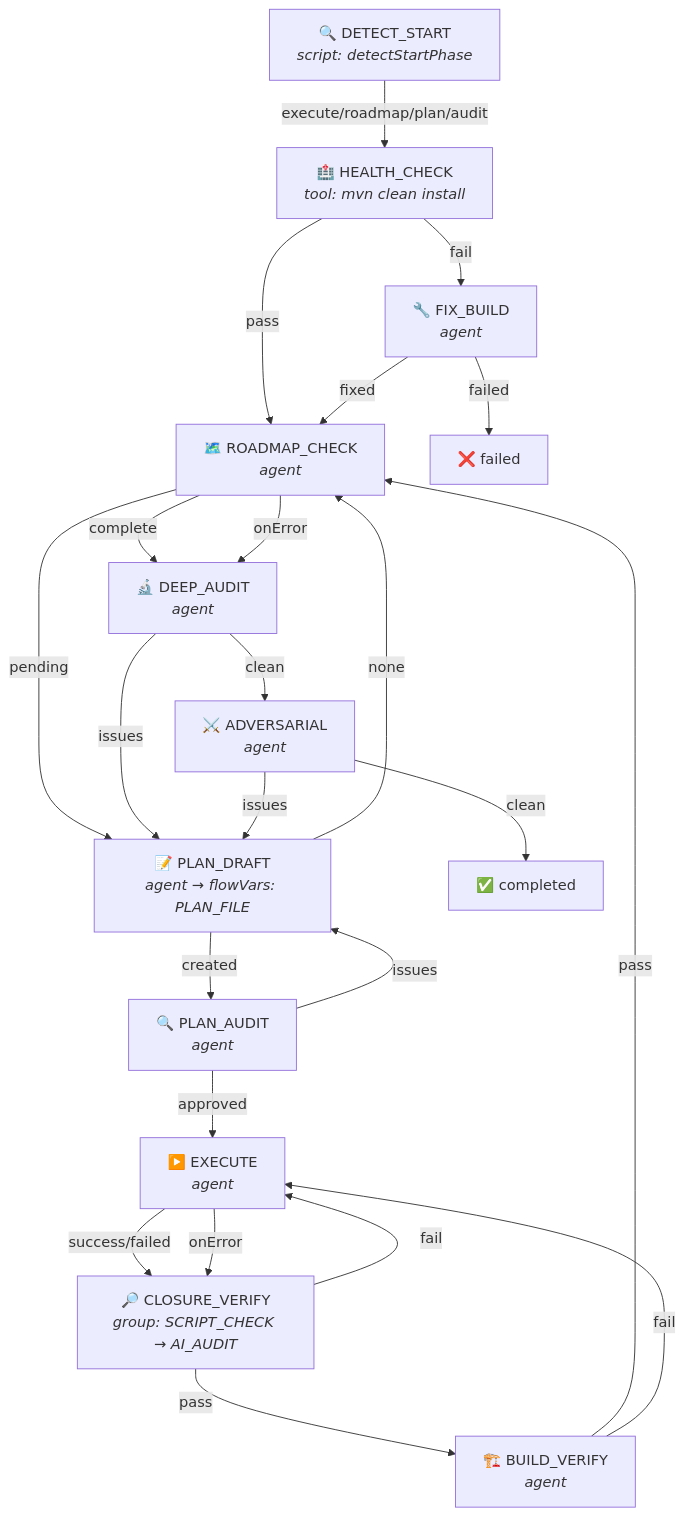
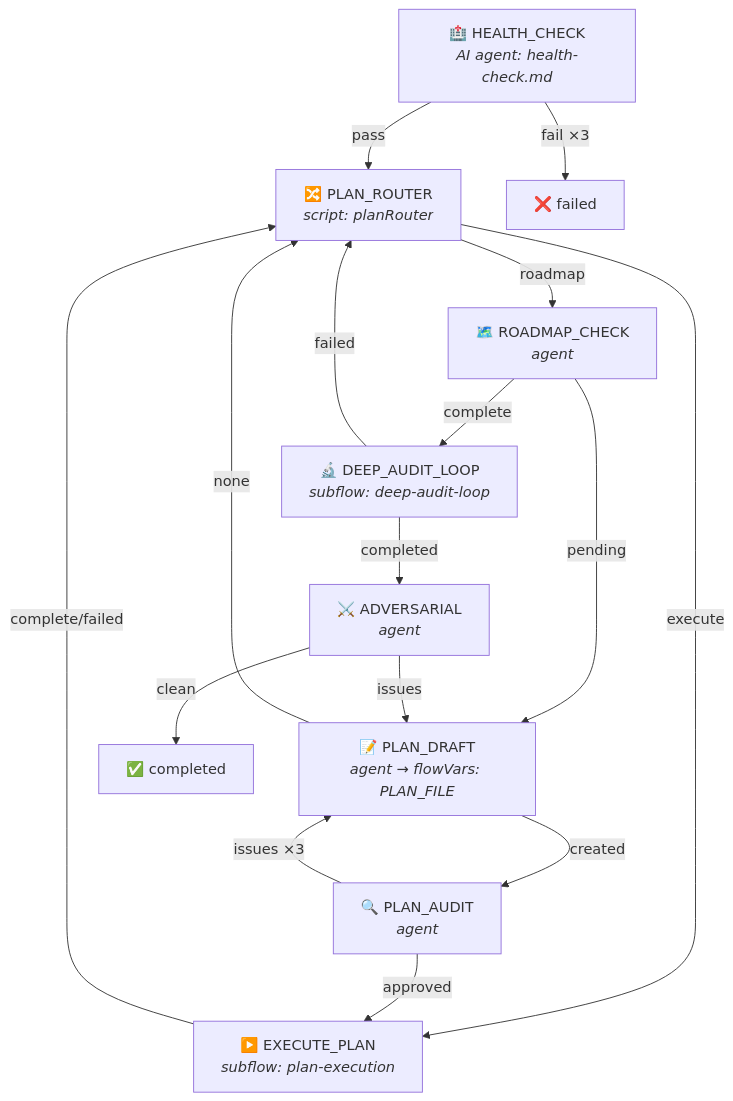
Before and after one commit to entropy-cloud/nop-entropy: the first of 3 diagrams in ai-dev/design/opencode-goal-driver/flow-engine-design.md, drawn with Mermaid. The commit also changed other lines of this file and 15 other files, not shown here.

First line of the commit message:
refactor(goal-driver): 重构 flow 结构，修复流程 bug

````diff
--- a/ai-dev/design/opencode-goal-driver/flow-engine-design.md
+++ b/ai-dev/design/opencode-goal-driver/flow-engine-design.md
@@ -422,34 +425,26 @@
 ```mermaid
 flowchart TD
-    DETECT["🔍 DETECT_START<br/><i>script: detectStartPhase</i>"]
-    DETECT -->|execute/roadmap/plan/audit| HEALTH["🏥 HEALTH_CHECK<br/><i>tool: mvn clean install</i>"]
-    HEALTH -->|pass| ROADMAP["🗺️ ROADMAP_CHECK<br/><i>agent</i>"]
-    HEALTH -->|fail| FIX["🔧 FIX_BUILD<br/><i>agent</i>"]
-    FIX -->|fixed| ROADMAP
-    FIX -->|failed| FAILED["❌ failed"]
+    HC["🏥 HEALTH_CHECK<br/><i>AI agent: health-check.md</i>"]
+    HC -->|pass| PR["🔀 PLAN_ROUTER<br/><i>script: planRouter</i>"]
+    HC -->|"fail ×3"| FAILED["❌ failed"]
 
-    ROADMAP -->|pending| PLAN["📝 PLAN_DRAFT<br/><i>agent → flowVars: PLAN_FILE</i>"]
-    ROADMAP -->|complete| DEEP["🔬 DEEP_AUDIT<br/><i>agent</i>"]
-    ROADMAP -->|onError| DEEP
+    PR -->|execute| EP["▶️ EXECUTE_PLAN<br/><i>subflow: plan-execution</i>"]
+    PR -->|roadmap| RC["🗺️ ROADMAP_CHECK<br/><i>agent</i>"]
 
-    PLAN -->|created| AUDIT["🔍 PLAN_AUDIT<br/><i>agent</i>"]
-    PLAN -->|none| ROADMAP
+    RC -->|pending| PD["📝 PLAN_DRAFT<br/><i>agent → flowVars: PLAN_FILE</i>"]
+    RC -->|complete| DAL["🔬 DEEP_AUDIT_LOOP<br/><i>subflow: deep-audit-loop</i>"]
 
-    AUDIT -->|approved| EXEC["▶️ EXECUTE<br/><i>agent</i>"]
-    AUDIT -->|issues| PLAN
+    PD -->|created| PA["🔍 PLAN_AUDIT<br/><i>agent</i>"]
+    PD -->|none| PR
 
-    EXEC -->|success/failed| CLOSURE["🔎 CLOSURE_VERIFY<br/><i>group: SCRIPT_CHECK → AI_AUDIT</i>"]
-    EXEC -->|onError| CLOSURE
+    PA -->|approved| EP
+    PA -->|"issues ×3"| PD
 
-    CLOSURE -->|pass| BUILD["🏗️ BUILD_VERIFY<br/><i>agent</i>"]
-    CLOSURE -->|fail| EXEC
+    EP -->|complete/failed| PR
 
-    BUILD -->|pass| ROADMAP
-    BUILD -->|fail| EXEC
+    DAL -->|completed| AD["⚔️ ADVERSARIAL<br/><i>agent</i>"]
+    DAL -->|failed| PR
 
-    DEEP -->|issues| PLAN
-    DEEP -->|clean| ADV["⚔️ ADVERSARIAL<br/><i>agent</i>"]
-
-    ADV -->|issues| PLAN
-    ADV -->|clean| DONE["✅ completed"]
+    AD -->|clean| DONE["✅ completed"]
+    AD -->|issues| PD
 ```
````
